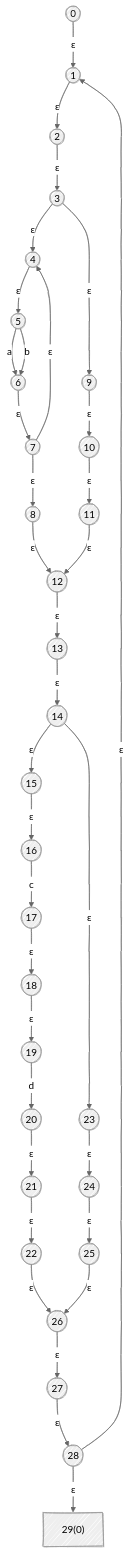
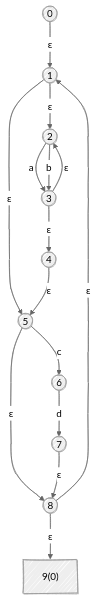
One commit to moonbitlang/moonlex changed the diagram in src/lib/tests/__snapshot__/nfa_simple_regex.md. Above: the diagram before and after it, drawn with Mermaid (neutral theme). The commit also changed 8 other files, not shown here.

````diff
--- a/src/lib/tests/__snapshot__/nfa_simple_regex.md
+++ b/src/lib/tests/__snapshot__/nfa_simple_regex.md
@@ -1,71 +1,31 @@
 ```mermaid
 ---
   config:
     look: handDrawn
 ---
 graph TD
 0-->|"ε"|1
 1-->|"ε"|2
-2-->|"ε"|3
+1-->|"ε"|5
+2-->|"a"|3
+2-->|"b"|3
+3-->|"ε"|2
 3-->|"ε"|4
-3-->|"ε"|9
 4-->|"ε"|5
-5-->|"a"|6
-5-->|"b"|6
-6-->|"ε"|7
-7-->|"ε"|4
+5-->|"ε"|8
+5-->|"c"|6
+6-->|"d"|7
 7-->|"ε"|8
-8-->|"ε"|12
-9-->|"ε"|10
-10-->|"ε"|11
-11-->|"ε"|12
-12-->|"ε"|13
-13-->|"ε"|14
-14-->|"ε"|15
-14-->|"ε"|23
-15-->|"ε"|16
-16-->|"c"|17
-17-->|"ε"|18
-18-->|"ε"|19
-19-->|"d"|20
-20-->|"ε"|21
-21-->|"ε"|22
-22-->|"ε"|26
-23-->|"ε"|24
-24-->|"ε"|25
-25-->|"ε"|26
-26-->|"ε"|27
-27-->|"ε"|28
-28-->|"ε"|1
-28-->|"ε"|29
+8-->|"ε"|1
+8-->|"ε"|9
 0((0))
 1((1))
 2((2))
 3((3))
 4((4))
 5((5))
 6((6))
 7((7))
 8((8))
-9((9))
-10((10))
-11((11))
-12((12))
-13((13))
-14((14))
-15((15))
-16((16))
-17((17))
-18((18))
-19((19))
-20((20))
-21((21))
-22((22))
-23((23))
-24((24))
-25((25))
-26((26))
-27((27))
-28((28))
-29["29(0)"]
+9["9(0)"]
 ```
````
